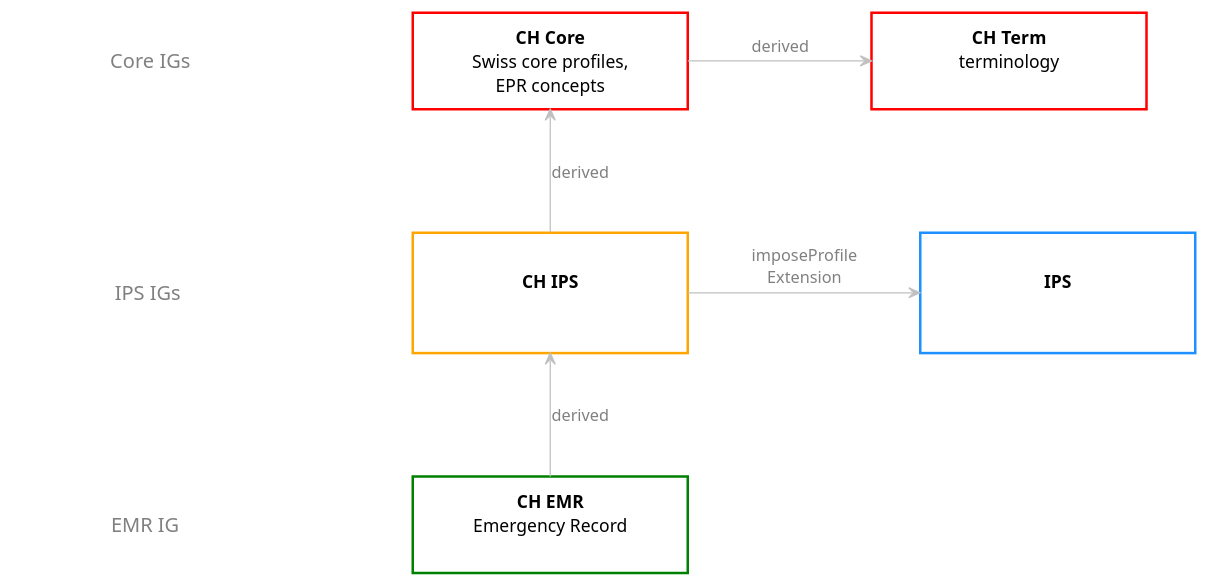
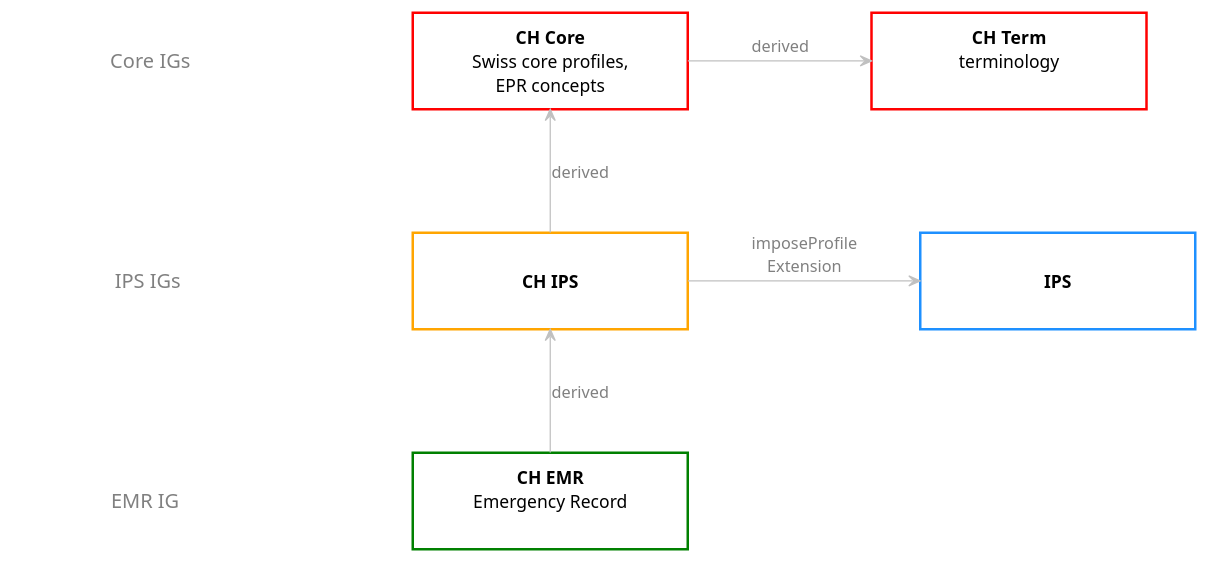
One commit to pjolo/emr changed the diagram in input/images-source/dependencies.plantuml. Above: the diagram before and after it, drawn with PlantUML.

```diff
--- a/input/images-source/dependencies.plantuml
+++ b/input/images-source/dependencies.plantuml
@@ -1,31 +1,31 @@
 @startuml
 skinparam defaultTextAlignment center
 skinparam shadowing false
 skinparam rectangle {
   roundCorner 0
 }
 skinparam nodesep 100
 skinparam ranksep 80
 
 skinparam minClassWidth 200
 
 rectangle "<color:Gray><size:16>Core IGs" as L1 #White;line:White
 rectangle "<color:Gray><size:16>IPS IGs " as L2 #White;line:White
 rectangle "<color:Gray><size:16>EMR IG  " as L3 #White;line:White
 
 rectangle "**CH Core**\nSwiss core profiles,\nEPR concepts" as chcore #White;line:Red;line.bold;text:Black
-rectangle "**CH Term**\nterminology\n " as chterm #White;line:Red;line.bold;text:Black
-rectangle "\n**CH IPS**\n \n " as chips #White;line:Orange;line.bold;text:Black
-rectangle "\n**IPS**\n \n " as ips #White;line:DodgerBlue;line.bold;text:Black
+rectangle "**CH Term**\nterminology\n" as chterm #White;line:Red;line.bold;text:Black
+rectangle "\n**CH IPS**\n" as chips #White;line:Orange;line.bold;text:Black
+rectangle "\n**IPS**\n" as ips #White;line:DodgerBlue;line.bold;text:Black
 rectangle "**CH EMR**\nEmergency Record\n " as chemr #White;line:Green;line.bold;text:Black
 
 L1 -[hidden]right- chcore
 L2 -[hidden]right- chips
 L3 -[hidden]right- chemr
 
 chcore -right-> chterm #Silver : <color:Gray>derived
 chips -up-> chcore #Silver : <color:Gray>derived
 chips -right-> ips #Silver : <color:Gray>imposeProfile\n<color:Gray>Extension
 chemr -up-> chips #Silver : <color:Gray>derived
 
 @enduml
```
